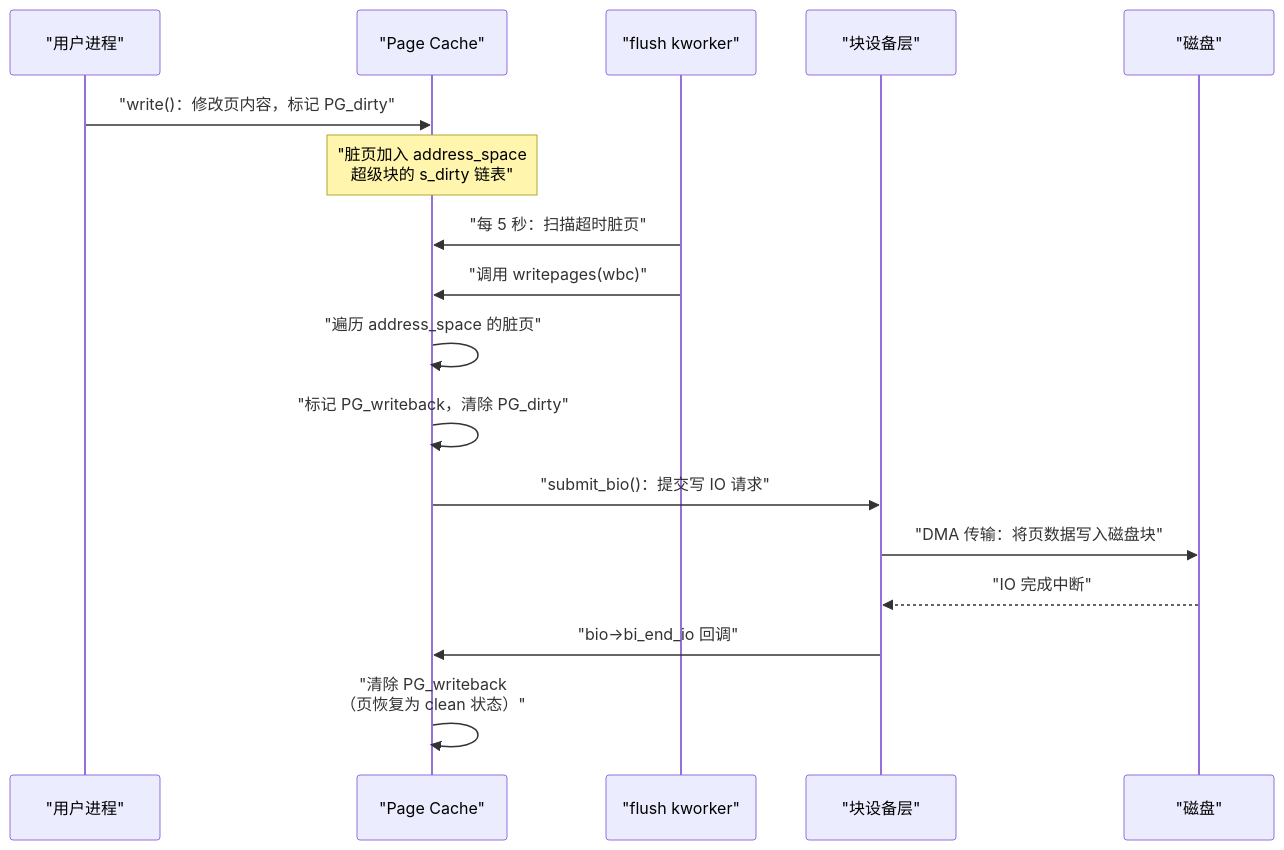
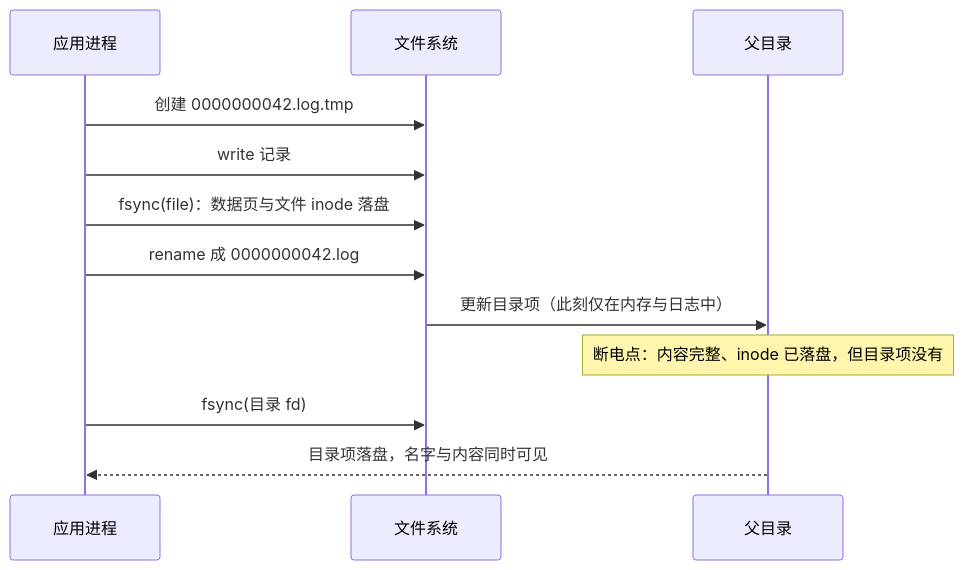
The fifth of 5 diagrams in content/Linux/文件系统/04 Page Cache 与脏页回写——Linux IO 的秘密缓冲层.md (hpliStartAgain/my-brain), drawn with Mermaid before and after one commit. The commit also changed other lines of this file and 455 other files, not shown here.

````diff
--- a/content/Linux/文件系统/04 Page Cache 与脏页回写——Linux IO 的秘密缓冲层.md
+++ b/content/Linux/文件系统/04 Page Cache 与脏页回写——Linux IO 的秘密缓冲层.md
@@ -289,21 +385,16 @@
 ```mermaid
 %%{init: {'theme': 'dracula'}}%%
 sequenceDiagram
-    participant App as "用户进程"
-    participant PC as "Page Cache"
-    participant WB as "flush kworker"
-    participant BIO as "块设备层"
-    participant Disk as "磁盘"
+    participant App as 应用进程
+    participant FS as 文件系统
+    participant Dir as 父目录
 
-    App->>PC: "write()：修改页内容，标记 PG_dirty"
-    Note over PC: "脏页加入 address_space<br/>超级块的 s_dirty 链表"
-    WB->>PC: "每 5 秒：扫描超时脏页"
-    WB->>PC: "调用 writepages(wbc)"
-    PC->>PC: "遍历 address_space 的脏页"
-    PC->>PC: "标记 PG_writeback，清除 PG_dirty"
-    PC->>BIO: "submit_bio()：提交写 IO 请求"
-    BIO->>Disk: "DMA 传输：将页数据写入磁盘块"
-    Disk-->>BIO: "IO 完成中断"
-    BIO->>PC: "bio->bi_end_io 回调"
-    PC->>PC: "清除 PG_writeback<br/>（页恢复为 clean 状态）"
+    App->>FS: 创建 0000000042.log.tmp
+    App->>FS: write 记录
+    App->>FS: fsync(file)：数据页与文件 inode 落盘
+    App->>FS: rename 成 0000000042.log
+    FS->>Dir: 更新目录项（此刻仅在内存与日志中）
+    Note over Dir: 断电点：内容完整、inode 已落盘，但目录项没有
+    App->>FS: fsync(目录 fd)
+    Dir-->>App: 目录项落盘，名字与内容同时可见
 ```
````
